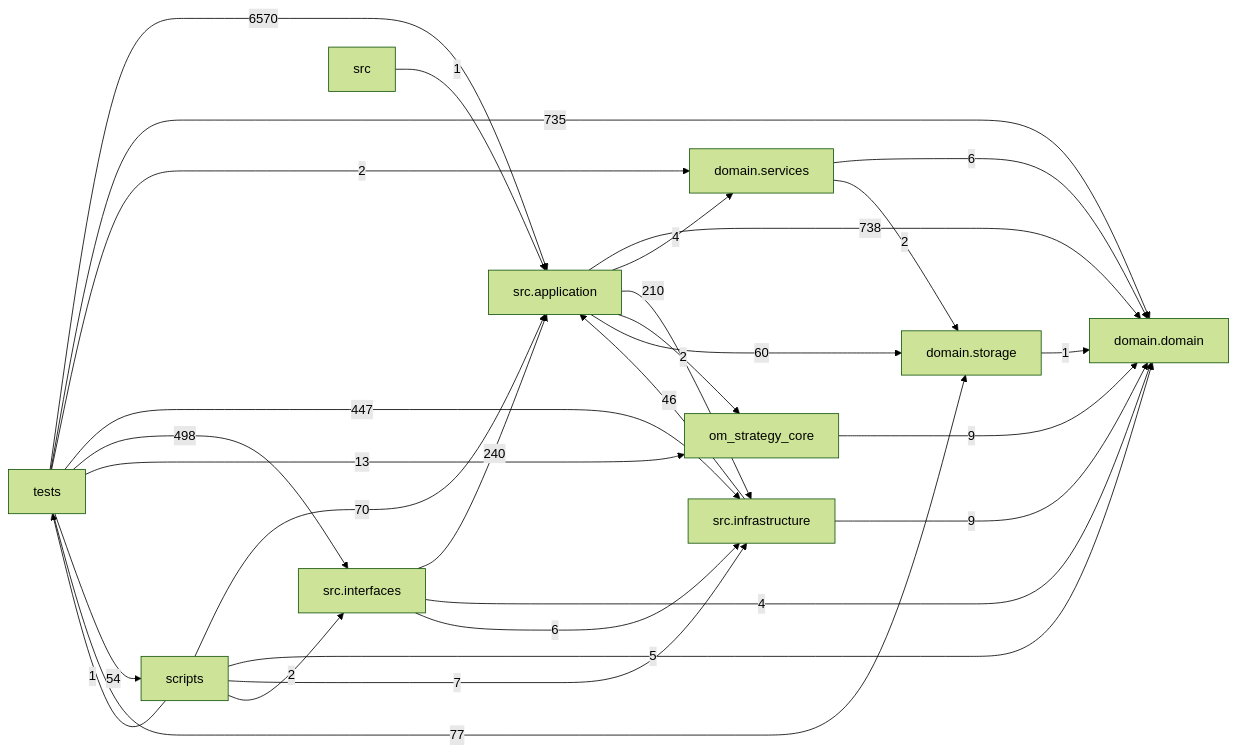
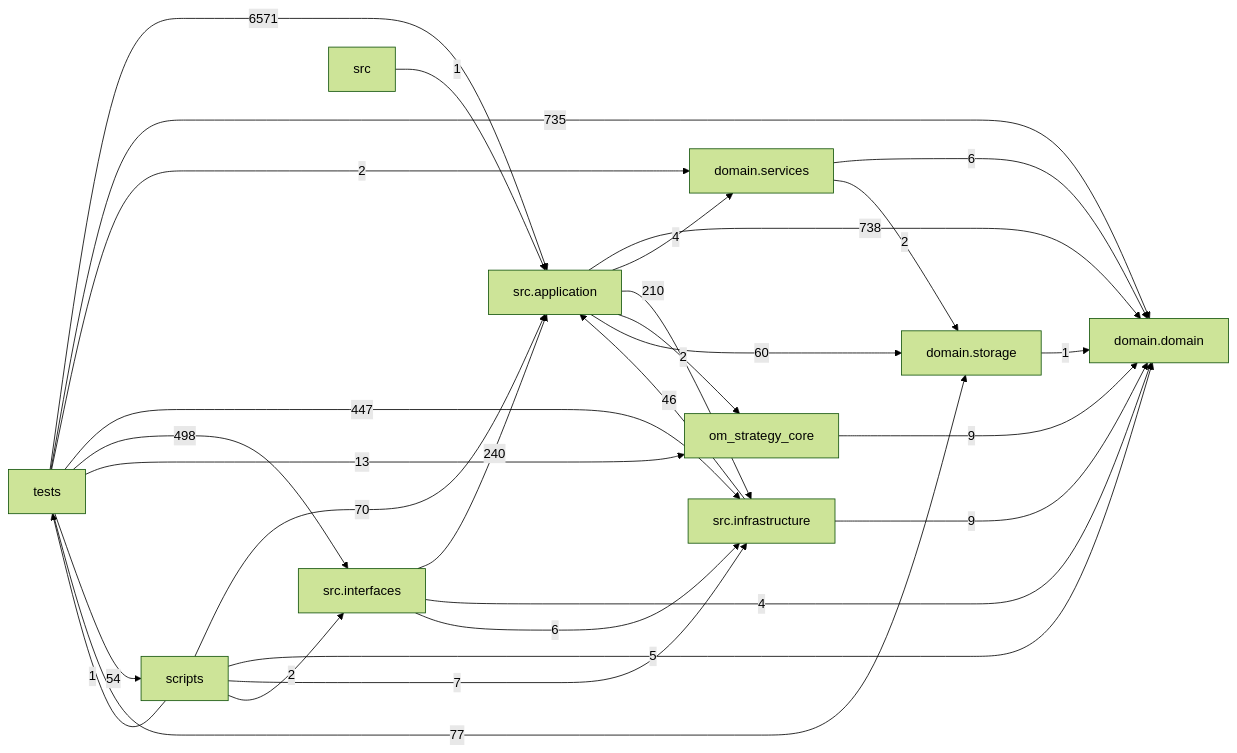
One commit to liuxie066/options-monitor changed the diagram in docs/DEPENDENCY_GRAPH.md. Above: the diagram before and after it, drawn with Mermaid (forest theme). The commit also changed other lines of this file and 2 other files, not shown here.

````diff
--- a/docs/DEPENDENCY_GRAPH.md
+++ b/docs/DEPENDENCY_GRAPH.md
@@ -24,39 +24,39 @@
 ```mermaid
 flowchart LR
   tests["tests"]
   scripts["scripts"]
   interfaces["src.interfaces"]
   application["src.application"]
   infrastructure["src.infrastructure"]
   domain_services["domain.services"]
   domain["domain.domain"]
   storage["domain.storage"]
   application -->|738| domain
   application -->|4| domain_services
   application -->|210| infrastructure
   application -->|2| om_strategy_core
   application -->|60| storage
   domain_services -->|6| domain
   domain_services -->|2| storage
   infrastructure -->|46| application
   infrastructure -->|9| domain
   interfaces -->|240| application
   interfaces -->|4| domain
   interfaces -->|6| infrastructure
   om_strategy_core -->|9| domain
   scripts -->|70| application
   scripts -->|5| domain
   scripts -->|7| infrastructure
   scripts -->|2| interfaces
   scripts -->|1| tests
   src -->|1| application
   storage -->|1| domain
-  tests -->|6570| application
+  tests -->|6571| application
   tests -->|735| domain
   tests -->|2| domain_services
   tests -->|447| infrastructure
   tests -->|498| interfaces
   tests -->|13| om_strategy_core
   tests -->|54| scripts
   tests -->|77| storage
 ```
````
